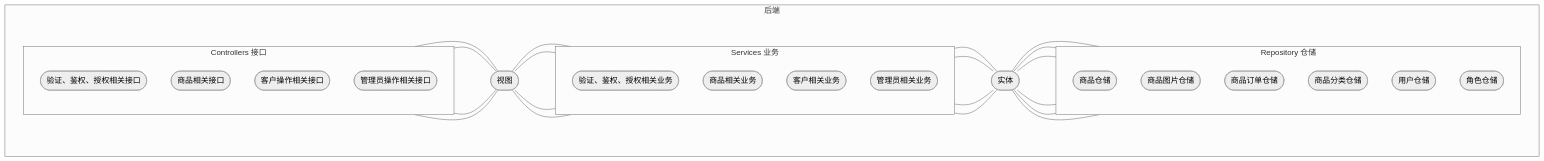
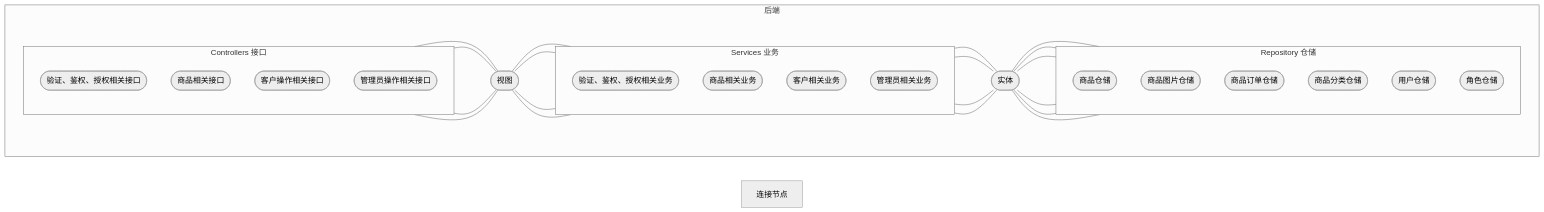
The second of 3 diagrams in README.md (gaogao-qwq/simple_mall), drawn with Mermaid (neutral theme) before and after one commit. The commit also changed other lines of this file, not shown here.

Commit message:
Fix: Fix mermaid syntax in README

````diff
--- a/README.md
+++ b/README.md
@@ -23,37 +23,37 @@
 ```mermaid
 flowchart LR
     %% 定义节点
     subgraph backend[后端]
         direction LR
         entity([实体])
         view([视图])
-        subgraph controller[Controllers 接口]
+        subgraph controller["Controllers 接口"]
             direction TB
-            auth_c([验证、鉴权、授权相关接口])
-            good_c([商品相关接口])
-            customer_c([客户操作相关接口])
-            admin_c([管理员操作相关接口])
+            auth_c(["验证、鉴权、授权相关接口"])
+            good_c(["商品相关接口"])
+            customer_c(["客户操作相关接口"])
+            admin_c(["管理员操作相关接口"])
         end
-        subgraph service[Services 业务]
+        subgraph service["Services 业务"]
             direction TB
-            auth_s([验证、鉴权、授权相关业务])
-            good_s([商品相关业务])
-            customer_s([客户相关业务])
-            admin_s([管理员相关业务])
+            auth_s(["验证、鉴权、授权相关业务"])
+            good_s(["商品相关业务"])
+            customer_s(["客户相关业务"])
+            admin_s(["管理员相关业务"])
         end
-        subgraph repository[Repository 仓储]
+        subgraph repository["Repository 仓储"]
             direction TB
-            good_r([商品仓储])
-            good_image_r([商品图片仓储])
-            good_order_r([商品订单仓储])
-            good_category_r([商品分类仓储])
-            user_r([用户仓储])
-            role_r([角色仓储])
+            good_r(["商品仓储"])
+            good_image_r(["商品图片仓储"])
+            good_order_r(["商品订单仓储"])
+            good_category_r(["商品分类仓储"])
+            user_r(["用户仓储"])
+            role_r(["角色仓储"])
         end
     end
-    %% 连接节点
+    连接节点
     auth_c & good_c & customer_c & admin_c --- view
     view --- auth_s & good_s & customer_s & admin_s
     auth_s & good_s & customer_s & admin_s --- entity
     entity --- user_r & role_r & good_r & good_image_r & good_category_r & good_order_r
 ```
````
